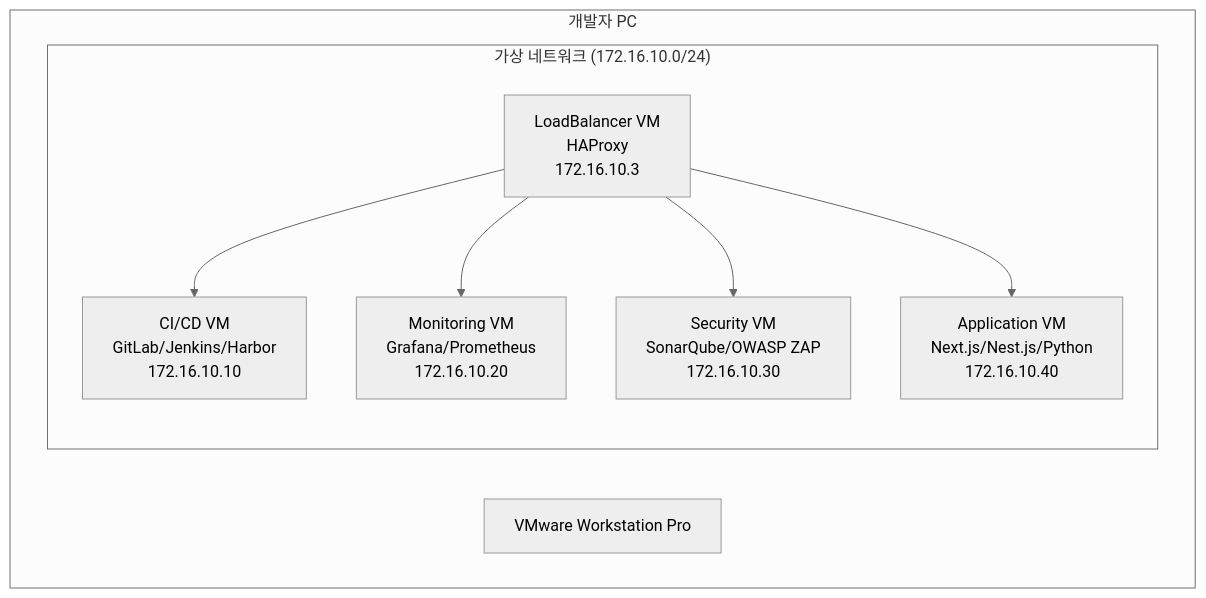
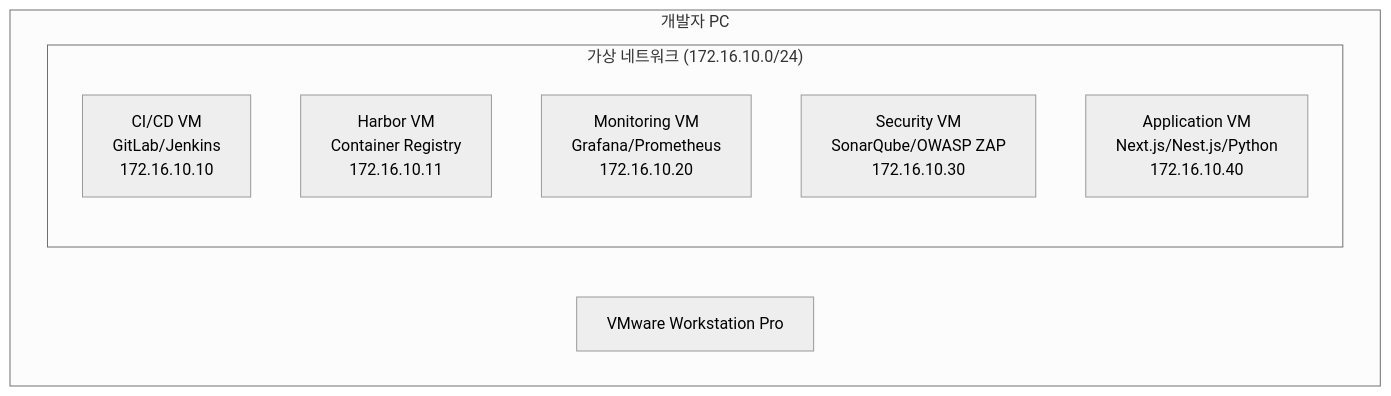
One commit to cnf-kunkin/docker-compose changed the diagram in README.md. Above: the diagram before and after it, drawn with Mermaid (neutral theme). The commit also changed other lines of this file and 43 other files, not shown here.

````diff
--- a/README.md
+++ b/README.md
@@ -4,18 +4,13 @@
 ```mermaid
 graph TB
     subgraph Host["개발자 PC"]
         VMware["VMware Workstation Pro"]
         subgraph Network["가상 네트워크 (172.16.10.0/24)"]
-            LB["LoadBalancer VM<br>HAProxy<br>172.16.10.3"]
-            CICD["CI/CD VM<br>GitLab/Jenkins/Harbor<br>172.16.10.10"]
+            CICD["CI/CD VM<br>GitLab/Jenkins<br>172.16.10.10"]
+            HARBOR["Harbor VM<br>Container Registry<br>172.16.10.11"]
             MON["Monitoring VM<br>Grafana/Prometheus<br>172.16.10.20"]
             SEC["Security VM<br>SonarQube/OWASP ZAP<br>172.16.10.30"]
             APP["Application VM<br>Next.js/Nest.js/Python<br>172.16.10.40"]
-            
-            LB --> CICD
-            LB --> MON
-            LB --> SEC
-            LB --> APP
         end
     end
 ```
````
